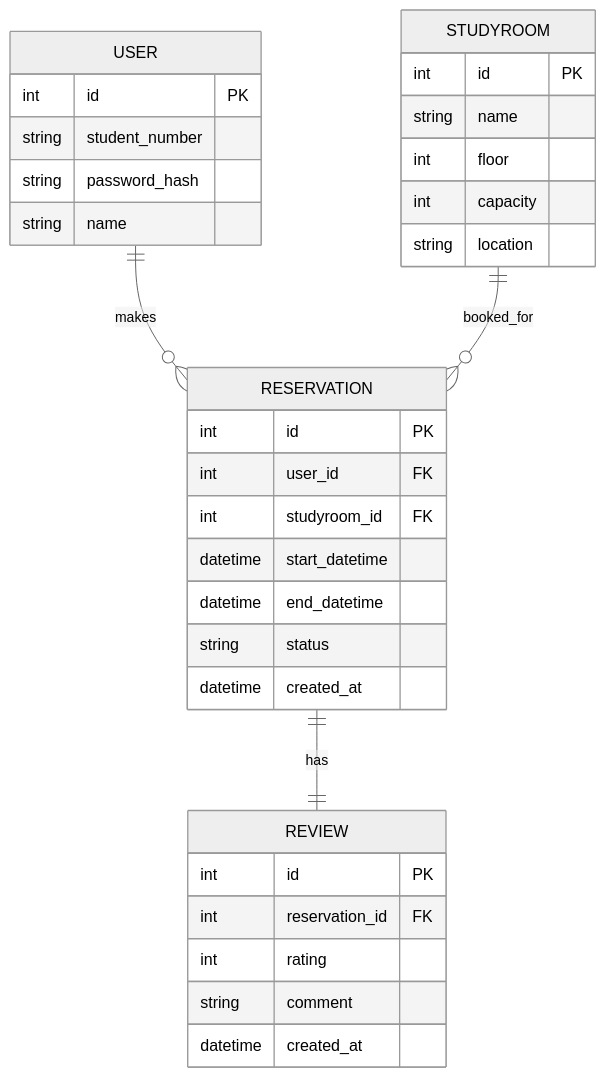
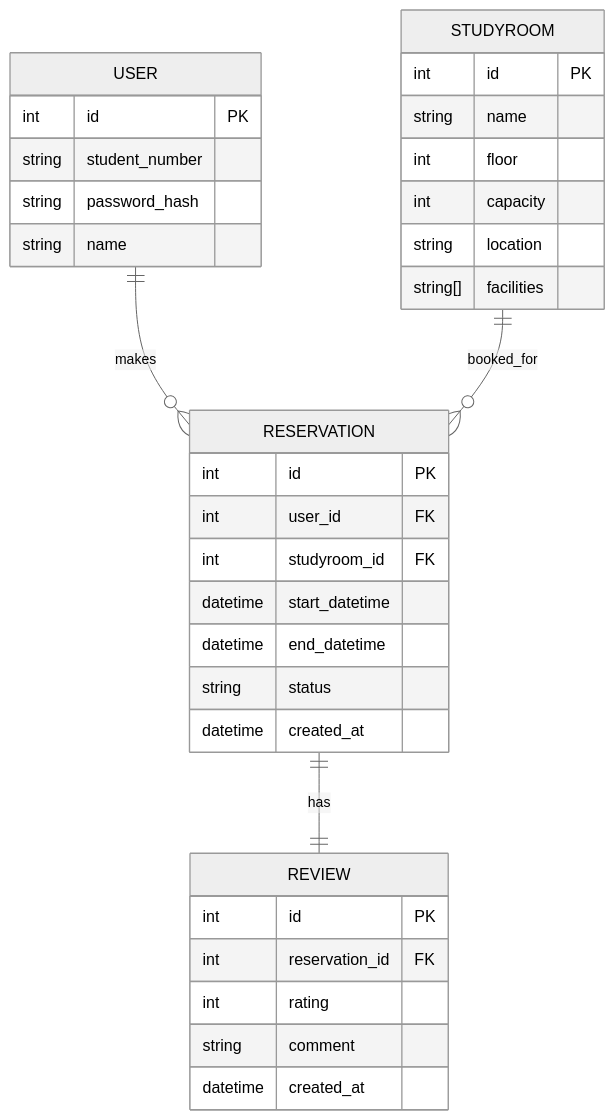
Before and after one commit to cheryea/studyroom-booking-api: the diagram in docs/erd.md, drawn with Mermaid (neutral theme). The commit also changed 3 other files, not shown here.

````diff
--- a/docs/erd.md
+++ b/docs/erd.md
@@ -1,39 +1,41 @@
 ```mermaid
 erDiagram
     USER ||--o{ RESERVATION : makes
     STUDYROOM ||--o{ RESERVATION : booked_for
     RESERVATION ||--|| REVIEW : has
 
     USER {
         int id PK
         string student_number
         string password_hash
         string name
     }
 
     STUDYROOM {
         int id PK
         string name
         int floor
         int capacity
         string location
+        string[] facilities
     }
+
 
     RESERVATION {
         int id PK
         int user_id FK
         int studyroom_id FK
         datetime start_datetime
         datetime end_datetime
         string status
         datetime created_at
     }
 
     REVIEW {
         int id PK
         int reservation_id FK
         int rating
         string comment
         datetime created_at
     }
 ```
````
